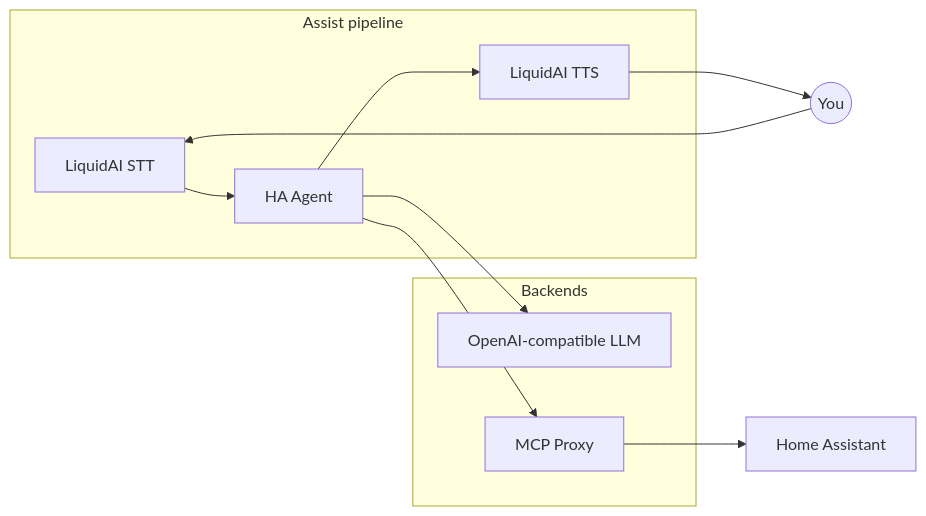
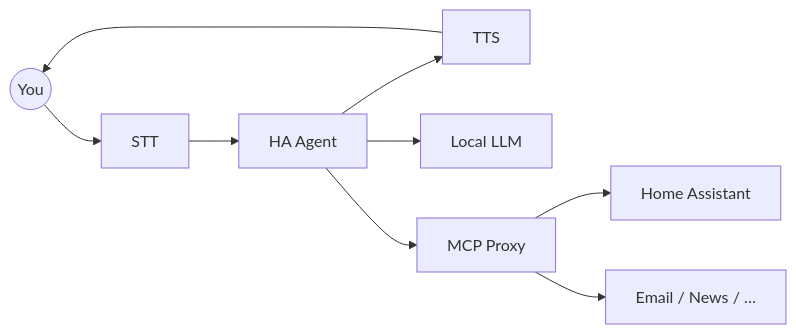
The diagram in README.md (holger81/ha_agent), drawn with Mermaid before and after one commit. The commit also changed other lines of this file, not shown here.

````diff
--- a/README.md
+++ b/README.md
@@ -10,18 +9,11 @@
 ```mermaid
 flowchart LR
-  subgraph assist [Assist pipeline]
-    STT[LiquidAI STT]
-    Agent[HA Agent]
-    TTS[LiquidAI TTS]
-  end
-
-  subgraph backends [Backends]
-    LLM[OpenAI-compatible LLM]
-    MCP[MCP Proxy]
-  end
-
-  You((You)) --> STT --> Agent --> TTS --> You
-  Agent --> LLM
-  Agent --> MCP
+  You((You)) --> STT[STT]
+  STT --> Agent[HA Agent]
+  Agent --> TTS[TTS]
+  TTS --> You
+  Agent --> LLM[Local LLM]
+  Agent --> MCP[MCP Proxy]
   MCP --> HA[Home Assistant]
+  MCP --> Mail[Email / News / …]
 ```
````
